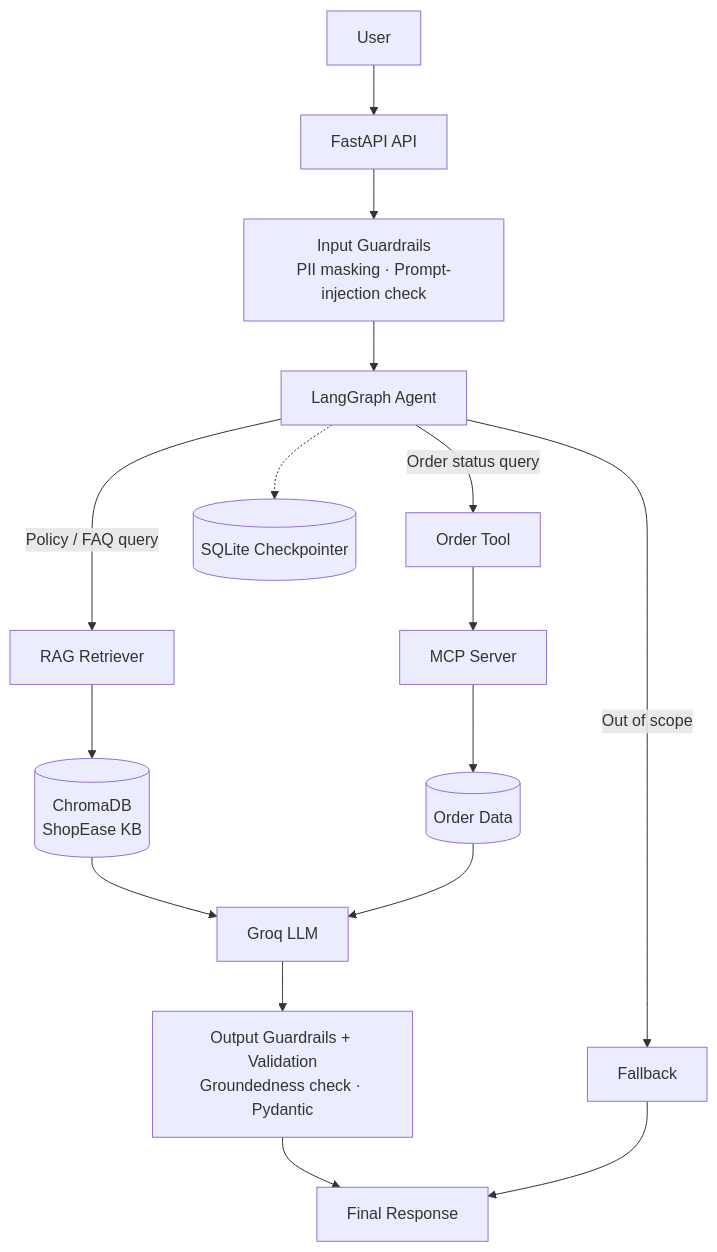
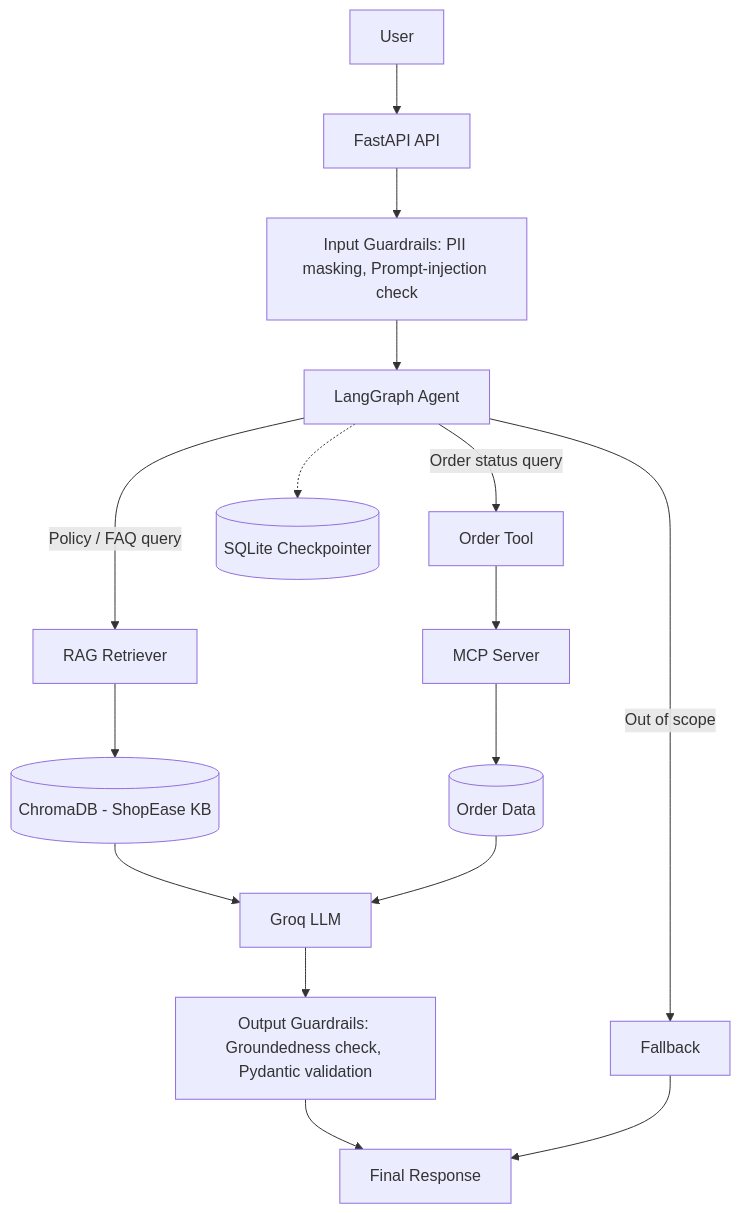
One commit to vishalbhor0810-droid/ecommerce-ai-agent changed the diagram in README.md. Above: the diagram before and after it, drawn with Mermaid. The commit also changed other lines of this file, not shown here.

````diff
--- a/README.md
+++ b/README.md
@@ -35,22 +35,22 @@
 ```mermaid
 flowchart TD
     U["User"] --> API["FastAPI API"]
-    API --> IG["Input Guardrails<br/>PII masking · Prompt-injection check"]
+    API --> IG["Input Guardrails: PII masking, Prompt-injection check"]
     IG --> A["LangGraph Agent"]
 
     A -->|Policy / FAQ query| R["RAG Retriever"]
     A -->|Order status query| OT["Order Tool"]
     A -->|Out of scope| FB["Fallback"]
 
-    R --> KB[("ChromaDB<br/>ShopEase KB")]
+    R --> KB[("ChromaDB - ShopEase KB")]
     OT --> M["MCP Server"]
     M --> OD[("Order Data")]
 
     KB --> LLM["Groq LLM"]
     OD --> LLM
-    LLM --> OG["Output Guardrails + Validation<br/>Groundedness check · Pydantic"]
+    LLM --> OG["Output Guardrails: Groundedness check, Pydantic validation"]
     OG --> OUT["Final Response"]
     FB --> OUT
 
     A -.-> CP[("SQLite Checkpointer")]
 ```
````
